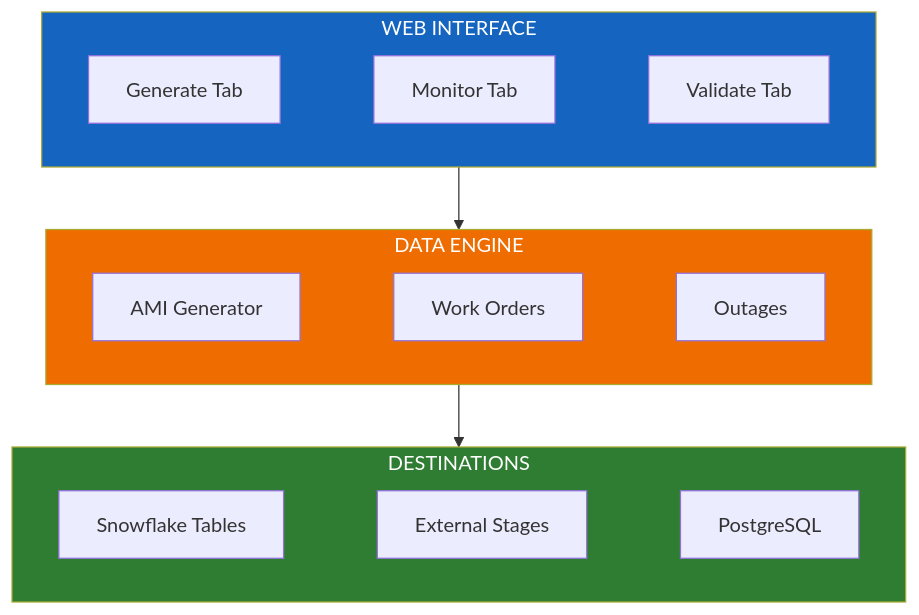
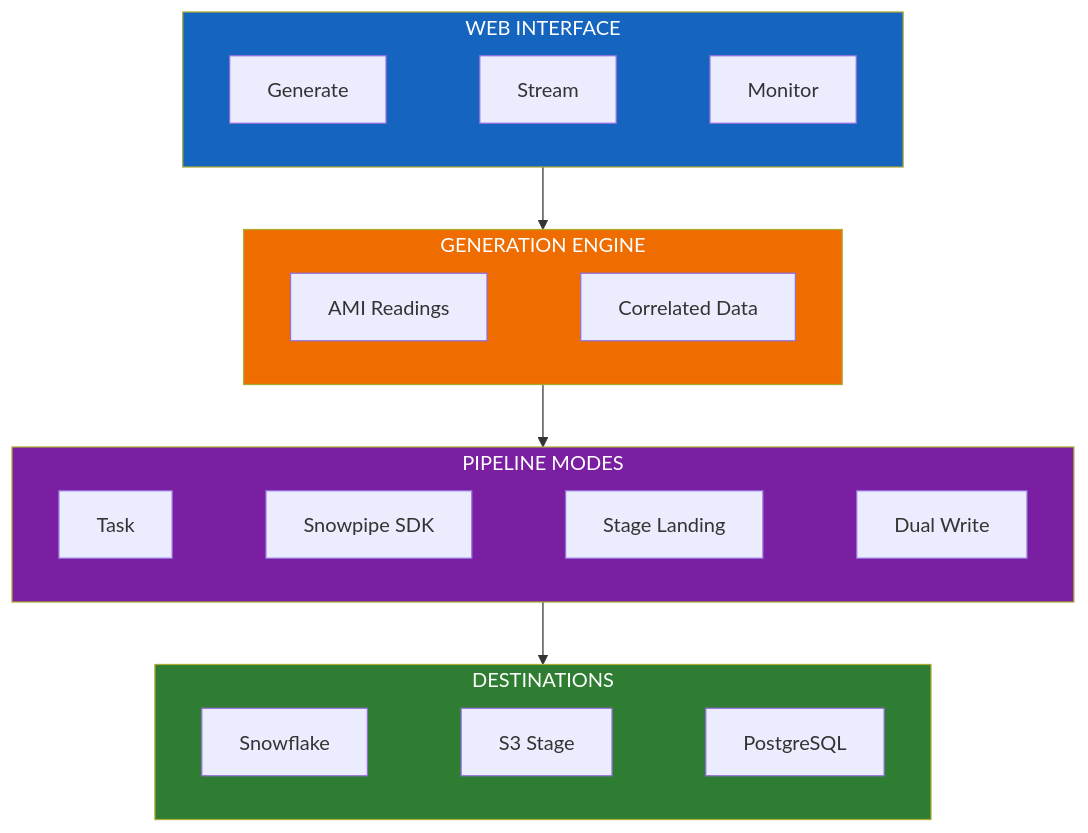
One commit to sfc-gh-abannerjee/flux-utility-solutions changed the first of 2 diagrams in docs/DATA_FORGE.md. Above: the diagram before and after it, drawn with Mermaid. The commit also changed other lines of this file and 2 other files, not shown here.

First line of the commit message:
Refine Flux Data Forge Mermaid diagrams

````diff
--- a/docs/DATA_FORGE.md
+++ b/docs/DATA_FORGE.md
@@ -37,20 +37,25 @@
 ```mermaid
 flowchart TB
     subgraph UI["WEB INTERFACE"]
-        GEN["Generate Tab"] ~~~ MON["Monitor Tab"] ~~~ VAL["Validate Tab"]
+        GEN["Generate"] ~~~ STREAM["Stream"] ~~~ MON["Monitor"]
     end
     
-    subgraph ENGINE["DATA ENGINE"]
-        AMI["AMI Generator"] ~~~ WO["Work Orders"] ~~~ OUT["Outages"]
+    subgraph ENGINE["GENERATION ENGINE"]
+        AMI["AMI Readings"] ~~~ CORR["Correlated Data"]
+    end
+    
+    subgraph PIPES["PIPELINE MODES"]
+        P1["Task"] ~~~ P2["Snowpipe SDK"] ~~~ P3["Stage Landing"] ~~~ P4["Dual Write"]
     end
     
     subgraph DEST["DESTINATIONS"]
-        SF["Snowflake Tables"] ~~~ STG["External Stages"] ~~~ PG["PostgreSQL"]
+        SF["Snowflake"] ~~~ S3["S3 Stage"] ~~~ PG["PostgreSQL"]
     end
     
-    UI --> ENGINE --> DEST
+    UI --> ENGINE --> PIPES --> DEST
     
     style UI fill:#1565c0,color:#fff
     style ENGINE fill:#ef6c00,color:#fff
+    style PIPES fill:#7b1fa2,color:#fff
     style DEST fill:#2e7d32,color:#fff
 ```
````
